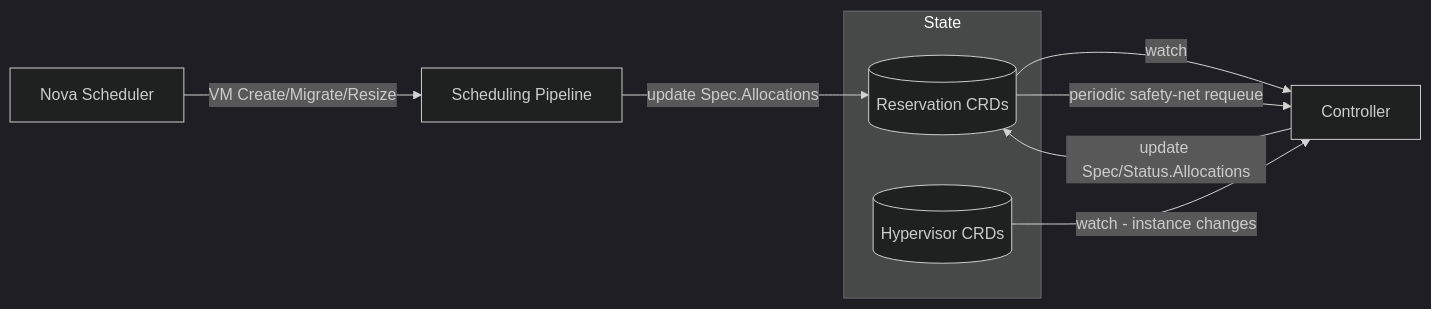
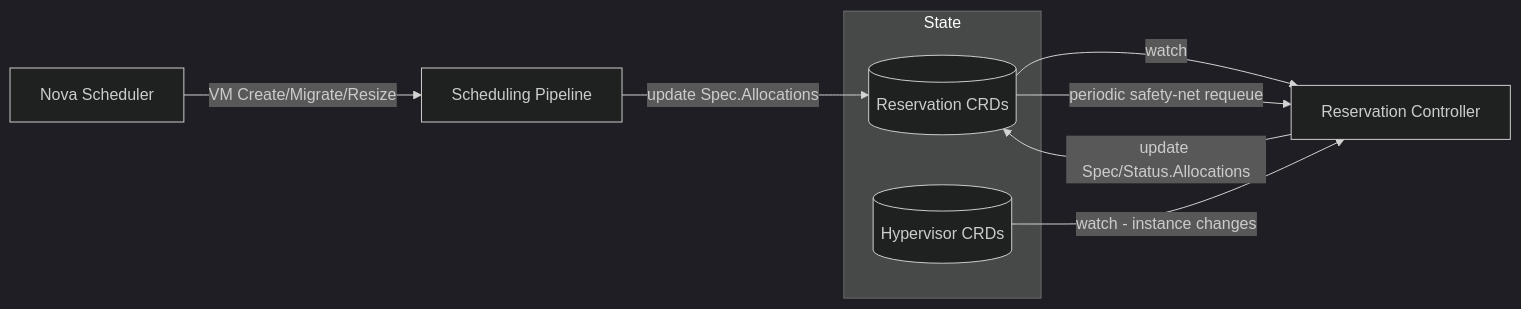
Before and after one commit to cobaltcore-dev/cortex: the third of 4 diagrams in docs/reservations/committed-resource-reservations.md, drawn with Mermaid (dark theme). The commit also changed other lines of this file and 13 other files, not shown here.

````diff
--- a/docs/reservations/committed-resource-reservations.md
+++ b/docs/reservations/committed-resource-reservations.md
@@ -82,13 +141,13 @@
 ```mermaid
 flowchart LR
     subgraph State
         Res[(Reservation CRDs)]
         HV[(Hypervisor CRDs)]
     end
     A[Nova Scheduler] -->|VM Create/Migrate/Resize| B[Scheduling Pipeline]
     B -->|update Spec.Allocations| Res
-    Res -->|watch| C[Controller]
+    Res -->|watch| C[Reservation Controller]
     HV -->|watch - instance changes| C
     Res -->|periodic safety-net requeue| C
     C -->|update Spec/Status.Allocations| Res
 ```
````
